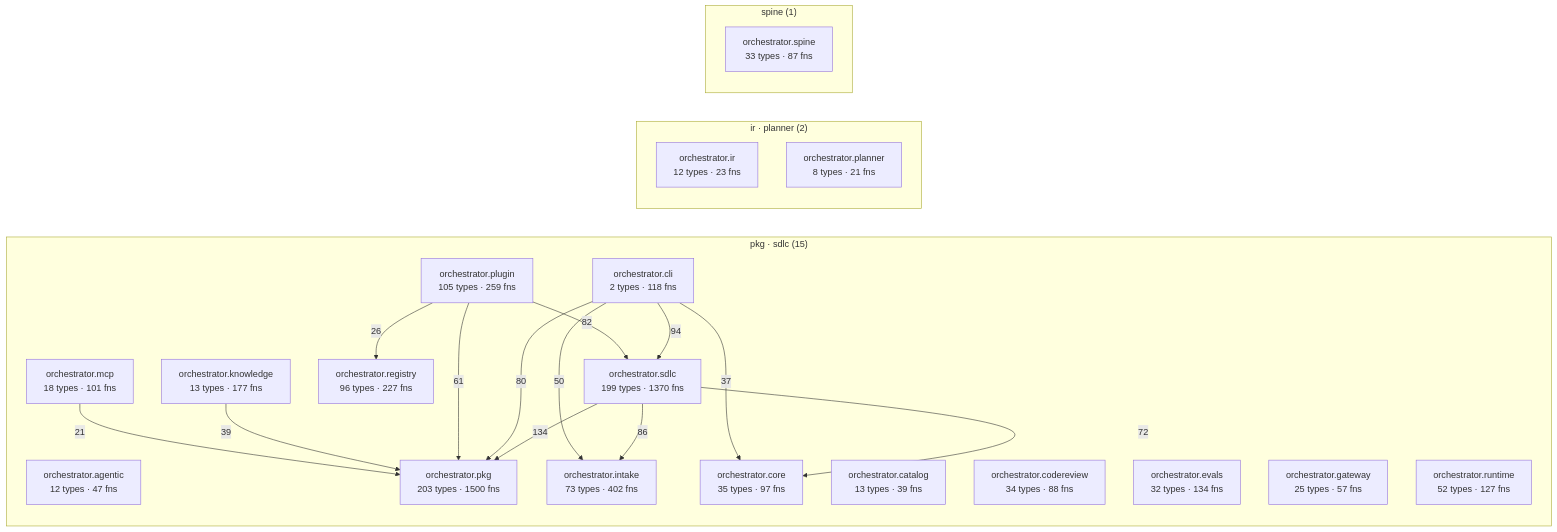
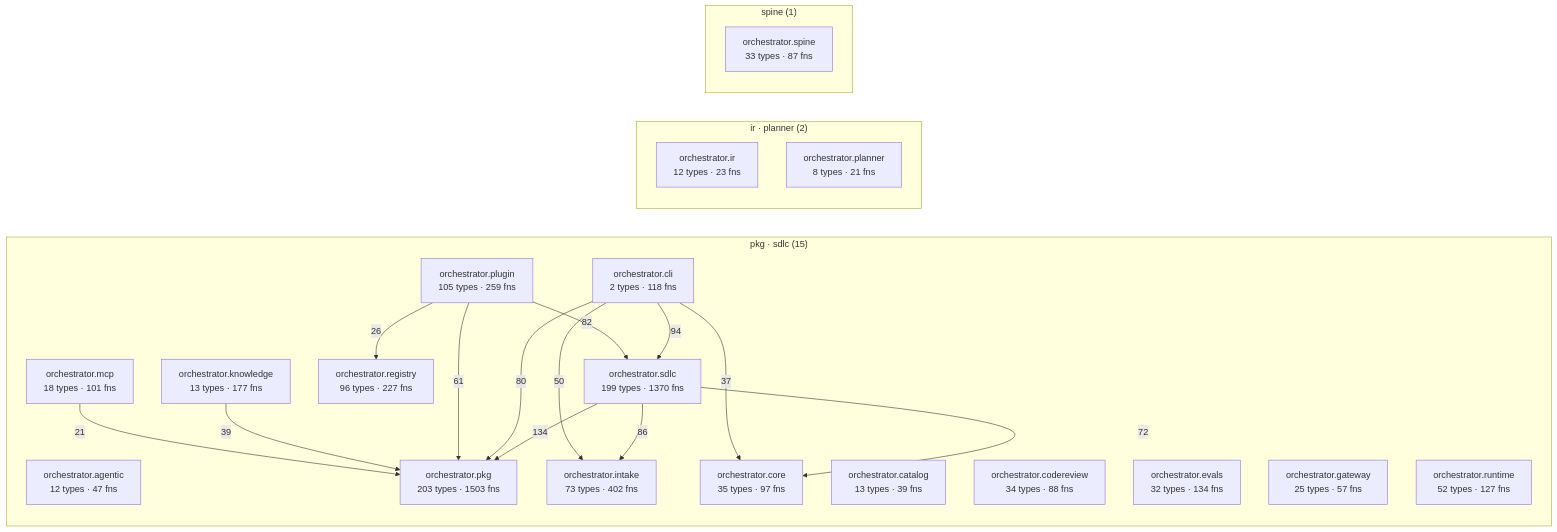
One commit to synaptixs/spine changed the diagram in episteme/architecture.md. Above: the diagram before and after it, drawn with Mermaid. The commit also changed other lines of this file and 11 other files, not shown here.

````diff
--- a/episteme/architecture.md
+++ b/episteme/architecture.md
@@ -56,39 +56,39 @@
 ```mermaid
 flowchart LR
   subgraph c_2["pkg · sdlc (15)"]
     aorchestratoragentic["orchestrator.agentic<br/>12 types · 47 fns"]
     aorchestratorcatalog["orchestrator.catalog<br/>13 types · 39 fns"]
     aorchestratorcli["orchestrator.cli<br/>2 types · 118 fns"]
     aorchestratorcodereview["orchestrator.codereview<br/>34 types · 88 fns"]
     aorchestratorcore["orchestrator.core<br/>35 types · 97 fns"]
     aorchestratorevals["orchestrator.evals<br/>32 types · 134 fns"]
     aorchestratorgateway["orchestrator.gateway<br/>25 types · 57 fns"]
     aorchestratorintake["orchestrator.intake<br/>73 types · 402 fns"]
     aorchestratorknowledge["orchestrator.knowledge<br/>13 types · 177 fns"]
     aorchestratormcp["orchestrator.mcp<br/>18 types · 101 fns"]
-    aorchestratorpkg["orchestrator.pkg<br/>203 types · 1500 fns"]
+    aorchestratorpkg["orchestrator.pkg<br/>203 types · 1503 fns"]
     aorchestratorplugin["orchestrator.plugin<br/>105 types · 259 fns"]
     aorchestratorregistry["orchestrator.registry<br/>96 types · 227 fns"]
     aorchestratorruntime["orchestrator.runtime<br/>52 types · 127 fns"]
     aorchestratorsdlc["orchestrator.sdlc<br/>199 types · 1370 fns"]
   end
   subgraph c_6["ir · planner (2)"]
     aorchestratorir["orchestrator.ir<br/>12 types · 23 fns"]
     aorchestratorplanner["orchestrator.planner<br/>8 types · 21 fns"]
   end
   subgraph c_12["spine (1)"]
     aorchestratorspine["orchestrator.spine<br/>33 types · 87 fns"]
   end
   aorchestratorsdlc -->|134| aorchestratorpkg
   aorchestratorcli -->|94| aorchestratorsdlc
   aorchestratorsdlc -->|86| aorchestratorintake
   aorchestratorplugin -->|82| aorchestratorsdlc
   aorchestratorcli -->|80| aorchestratorpkg
   aorchestratorsdlc -->|72| aorchestratorcore
   aorchestratorplugin -->|61| aorchestratorpkg
   aorchestratorcli -->|50| aorchestratorintake
   aorchestratorknowledge -->|39| aorchestratorpkg
   aorchestratorcli -->|37| aorchestratorcore
   aorchestratorplugin -->|26| aorchestratorregistry
   aorchestratormcp -->|21| aorchestratorpkg
 ```
````
